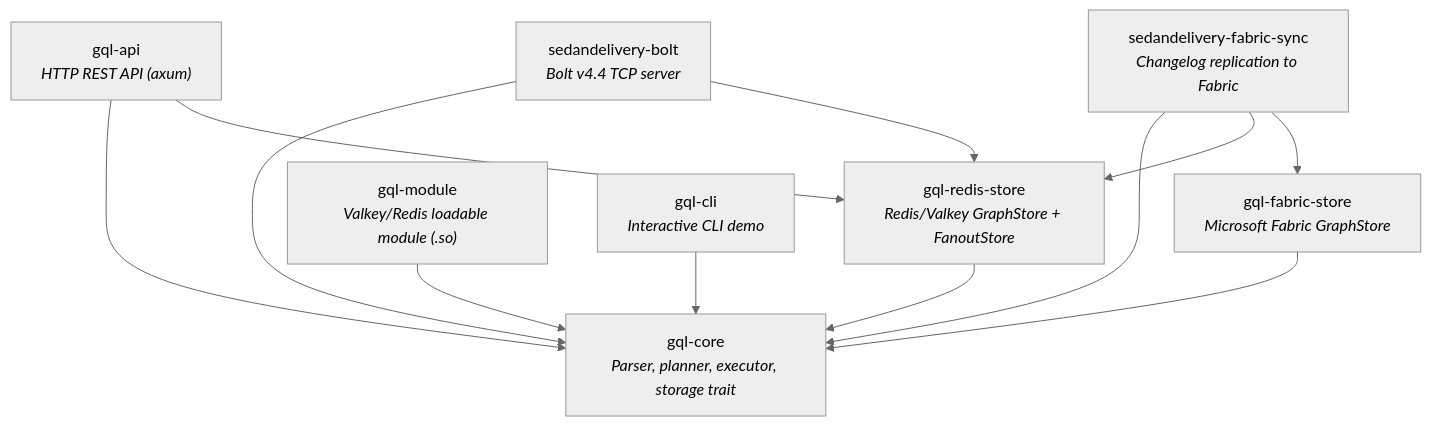
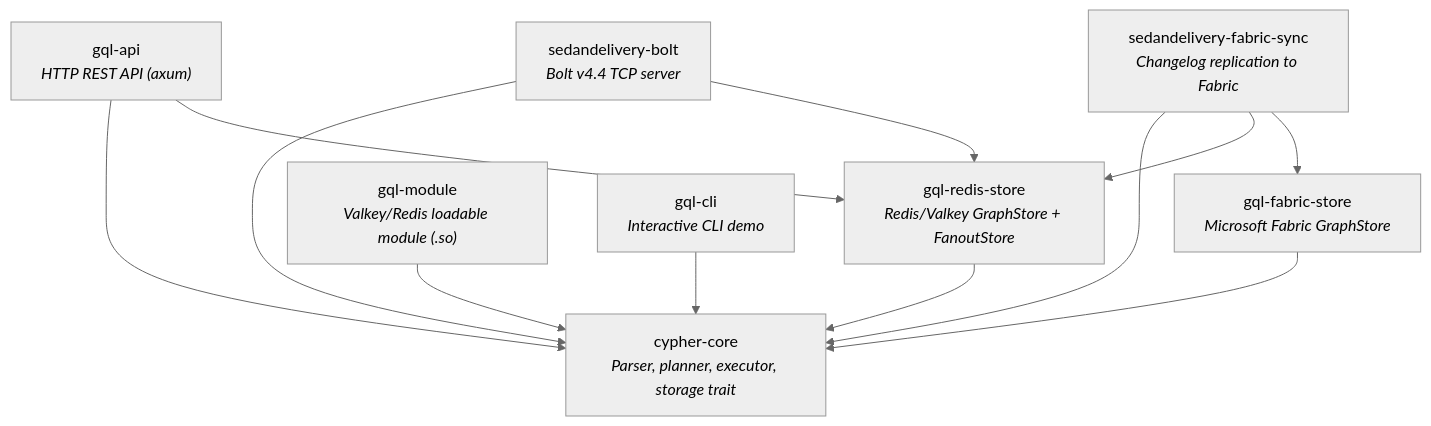
The first of 6 diagrams in docs/architecture.md (rysweet/SedanDelivery), drawn with Mermaid (neutral theme) before and after one commit. The commit also changed other lines of this file and 488 other files, not shown here.

First line of the commit message:
feat(cypher-core): architecture cleanup + PersistentGraphStore (#1093)

````diff
--- a/docs/architecture.md
+++ b/docs/architecture.md
@@ -22,25 +22,25 @@
 ```mermaid
 graph TD
-    gql-core["gql-core<br/><i>Parser, planner, executor, storage trait</i>"]
+    cypher-core["cypher-core<br/><i>Parser, planner, executor, storage trait</i>"]
 
     gql-redis-store["gql-redis-store<br/><i>Redis/Valkey GraphStore + FanoutStore</i>"]
     gql-fabric-store["gql-fabric-store<br/><i>Microsoft Fabric GraphStore</i>"]
 
     gql-module["gql-module<br/><i>Valkey/Redis loadable module (.so)</i>"]
     gql-cli["gql-cli<br/><i>Interactive CLI demo</i>"]
     gql-api["gql-api<br/><i>HTTP REST API (axum)</i>"]
     sedandelivery-bolt["sedandelivery-bolt<br/><i>Bolt v4.4 TCP server</i>"]
     sedandelivery-fabric-sync["sedandelivery-fabric-sync<br/><i>Changelog replication to Fabric</i>"]
 
-    gql-redis-store --> gql-core
-    gql-fabric-store --> gql-core
-    gql-module --> gql-core
-    gql-cli --> gql-core
-    gql-api --> gql-core
+    gql-redis-store --> cypher-core
+    gql-fabric-store --> cypher-core
+    gql-module --> cypher-core
+    gql-cli --> cypher-core
+    gql-api --> cypher-core
     gql-api --> gql-redis-store
-    sedandelivery-bolt --> gql-core
+    sedandelivery-bolt --> cypher-core
     sedandelivery-bolt --> gql-redis-store
-    sedandelivery-fabric-sync --> gql-core
+    sedandelivery-fabric-sync --> cypher-core
     sedandelivery-fabric-sync --> gql-redis-store
     sedandelivery-fabric-sync --> gql-fabric-store
 ```
````
